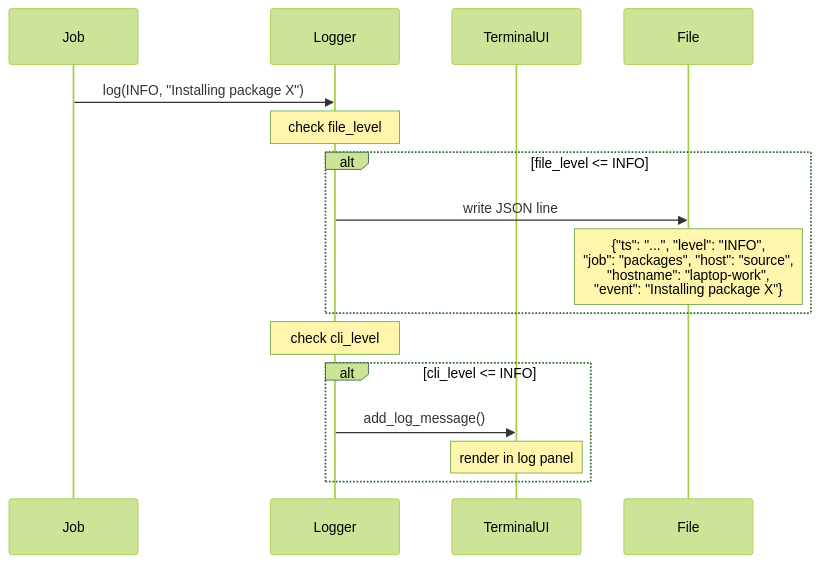
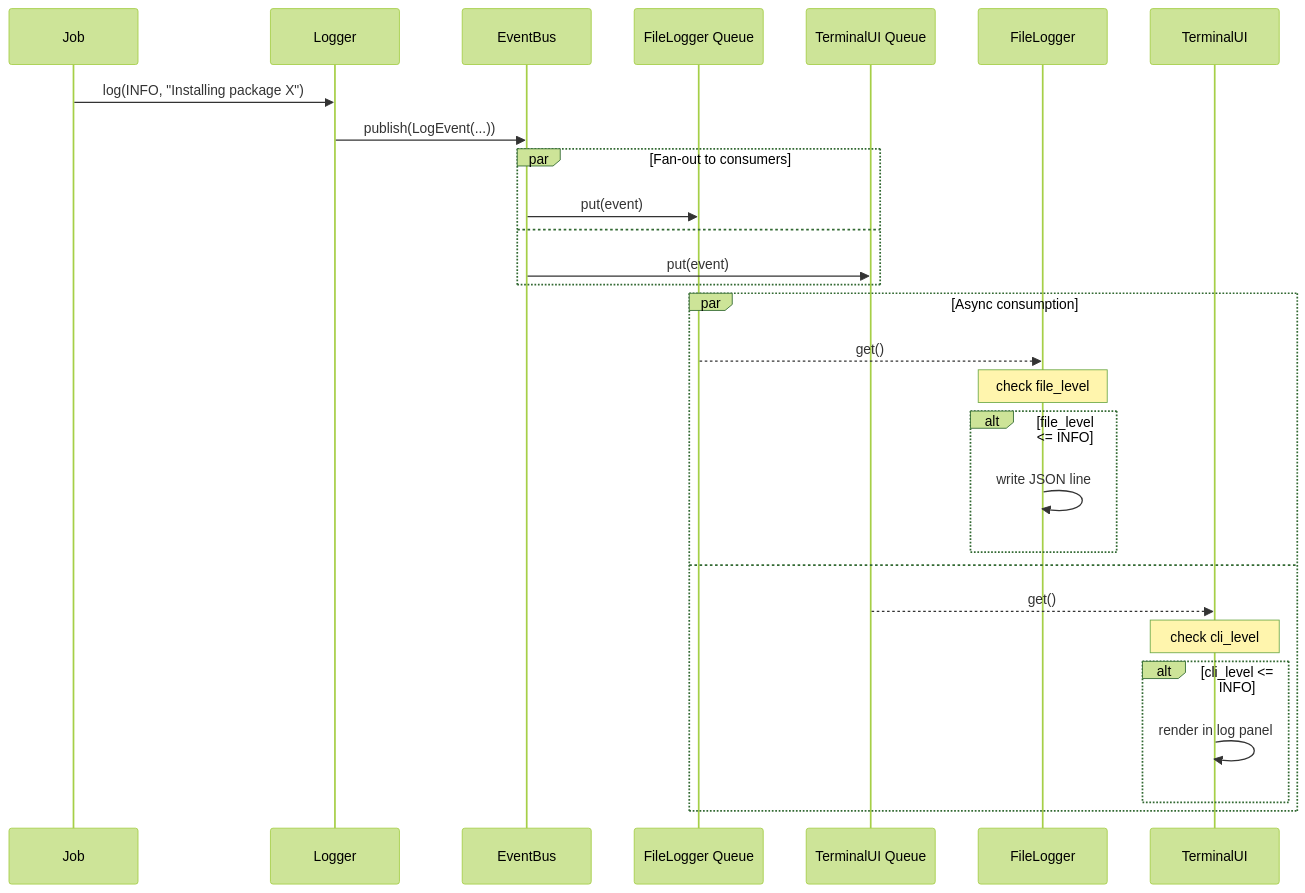
The ninth of 13 diagrams in specs/001-foundation/architecture-claude.md (flaksit/pc-switcher), drawn with Mermaid (forest theme) before and after one commit. The commit also changed other lines of this file and 3 other files, not shown here.

````diff
--- a/specs/001-foundation/architecture-claude.md
+++ b/specs/001-foundation/architecture-claude.md
@@ -517,21 +626,33 @@
 ```mermaid
 sequenceDiagram
     participant Job
     participant Logger
+    participant EventBus
+    participant FileLoggerQueue as FileLogger Queue
+    participant TUIQueue as TerminalUI Queue
+    participant FileLogger
     participant TerminalUI
-    participant File
 
     Job->>Logger: log(INFO, "Installing package X")
+    Logger->>EventBus: publish(LogEvent(...))
 
-    Note over Logger: check file_level
-    alt file_level <= INFO
-        Logger->>File: write JSON line
-        Note over File: {"ts": "...", "level": "INFO",<br/>"job": "packages", "host": "source",<br/>"hostname": "laptop-work",<br/>"event": "Installing package X"}
+    par Fan-out to consumers
+        EventBus->>FileLoggerQueue: put(event)
+    and
+        EventBus->>TUIQueue: put(event)
     end
 
-    Note over Logger: check cli_level
-    alt cli_level <= INFO
-        Logger->>TerminalUI: add_log_message()
-        Note over TerminalUI: render in log panel
+    par Async consumption
+        FileLoggerQueue-->>FileLogger: get()
+        Note over FileLogger: check file_level
+        alt file_level <= INFO
+            FileLogger->>FileLogger: write JSON line
+        end
+    and
+        TUIQueue-->>TerminalUI: get()
+        Note over TerminalUI: check cli_level
+        alt cli_level <= INFO
+            TerminalUI->>TerminalUI: render in log panel
+        end
     end
 ```
````
